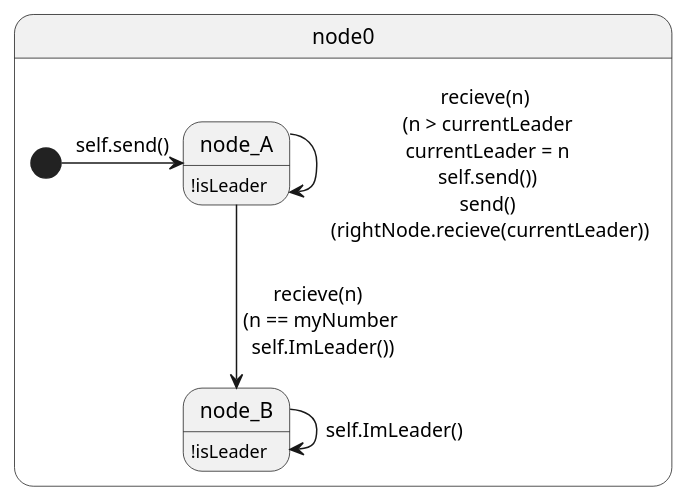
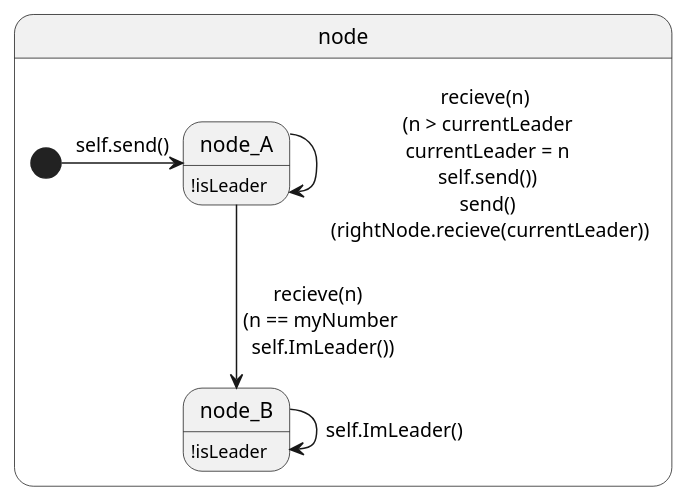
One commit to gnowin/UML-To-Rebecca-Dataset changed the diagram in ModelTranslations/LCRLeader/LCRLeader.plantuml. Above: the diagram before and after it, drawn with PlantUML.

Commit message:
LCRLeader node name change

```diff
--- a/ModelTranslations/LCRLeader/LCRLeader.plantuml
+++ b/ModelTranslations/LCRLeader/LCRLeader.plantuml
@@ -1,17 +1,17 @@
 @startuml
 
 hide empty description
 
-state node0{
+state node{
     state node_A : !isLeader
 
     state node_B : !isLeader
 
     [*] -> node_A : self.send()
     node_A -> node_A : recieve(n) \n (n > currentLeader \n currentLeader = n \n self.send()) \n send() \n (rightNode.recieve(currentLeader))
     node_A --> node_B : recieve(n) \n (n == myNumber \n self.ImLeader())
     node_B -> node_B : self.ImLeader()
 
 }
 
 @enduml
```
